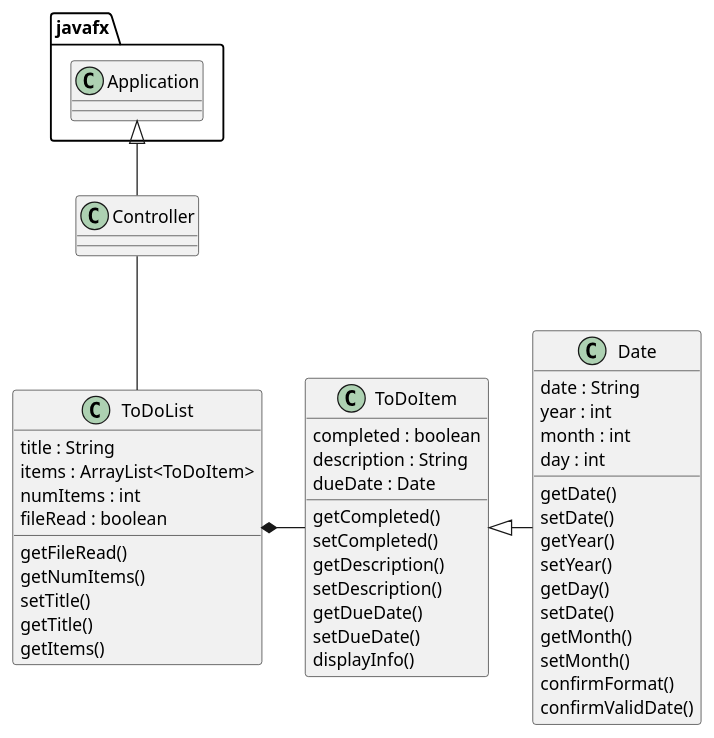
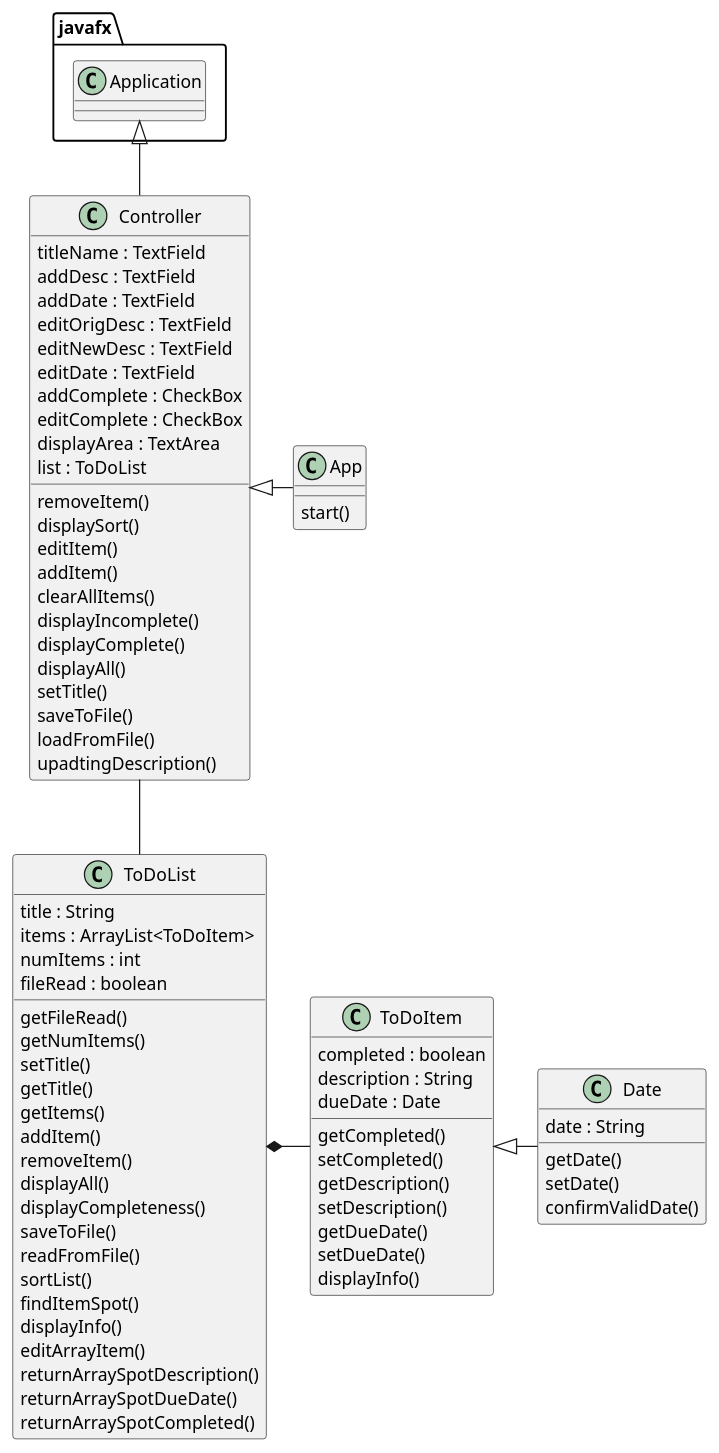
Before and after one commit to ehraiford/raiford-cop3330-assignment4part2: the diagram in uml/ToDoListManager.puml, drawn with PlantUML. The commit also changed 3 other files, not shown here.

Commit message:
Updated UML diagram.

```diff
--- a/uml/ToDoListManager.puml
+++ b/uml/ToDoListManager.puml
@@ -1,58 +1,84 @@
 @startuml
 'https://plantuml.com/class-diagram
 ToDoList*-ToDoItem
 javafx.Application<|-- Controller
 Controller-- ToDoList
 ToDoItem<|- Date
+Controller <|- App
 class Controller{
+titleName : TextField
+addDesc : TextField
+addDate : TextField
+editOrigDesc : TextField
+editNewDesc : TextField
+editDate : TextField
+addComplete : CheckBox
+editComplete : CheckBox
+displayArea : TextArea
+list : ToDoList
 
+removeItem()
+displaySort()
+editItem()
+addItem()
+clearAllItems()
+displayIncomplete()
+displayComplete()
+displayAll()
+setTitle()
+saveToFile()
+loadFromFile()
+upadtingDescription()
 }
-
+class App{
+start()
+}
 class ToDoList{
     title : String
     items : ArrayList<ToDoItem>
     numItems : int
     fileRead : boolean
 
     getFileRead()
     getNumItems()
     setTitle()
     getTitle()
     getItems()
-
-
+    addItem()
+    removeItem()
+    displayAll()
+    displayCompleteness()
+    saveToFile()
+    readFromFile()
+    sortList()
+    findItemSpot()
+    displayInfo()
+    editArrayItem()
+    returnArraySpotDescription()
+    returnArraySpotDueDate()
+    returnArraySpotCompleted()
 }
 
 class ToDoItem{
     completed : boolean
     description : String
     dueDate : Date
 
     getCompleted()
     setCompleted()
     getDescription()
     setDescription()
     getDueDate()
     setDueDate()
     displayInfo()
 
 }
 
 class Date{
     date : String
-    year : int
-    month : int
-    day : int
 
     getDate()
     setDate()
-    getYear()
-    setYear()
-    getDay()
-    setDate()
-    getMonth()
-    setMonth()
-    confirmFormat()
     confirmValidDate()
 }
 @enduml
```
